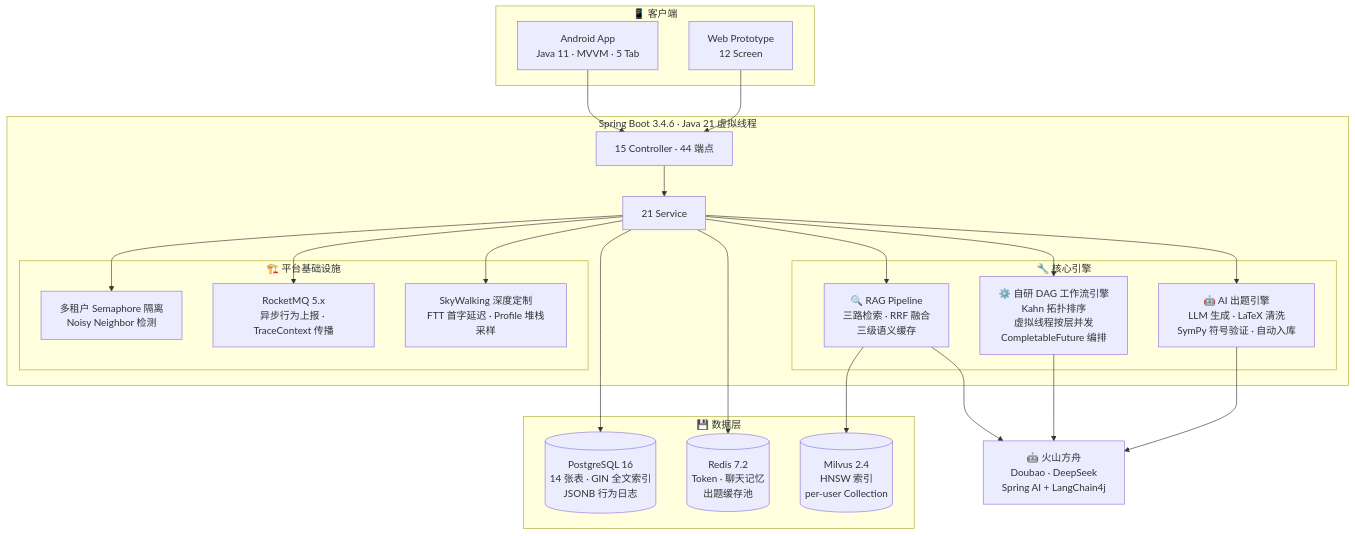
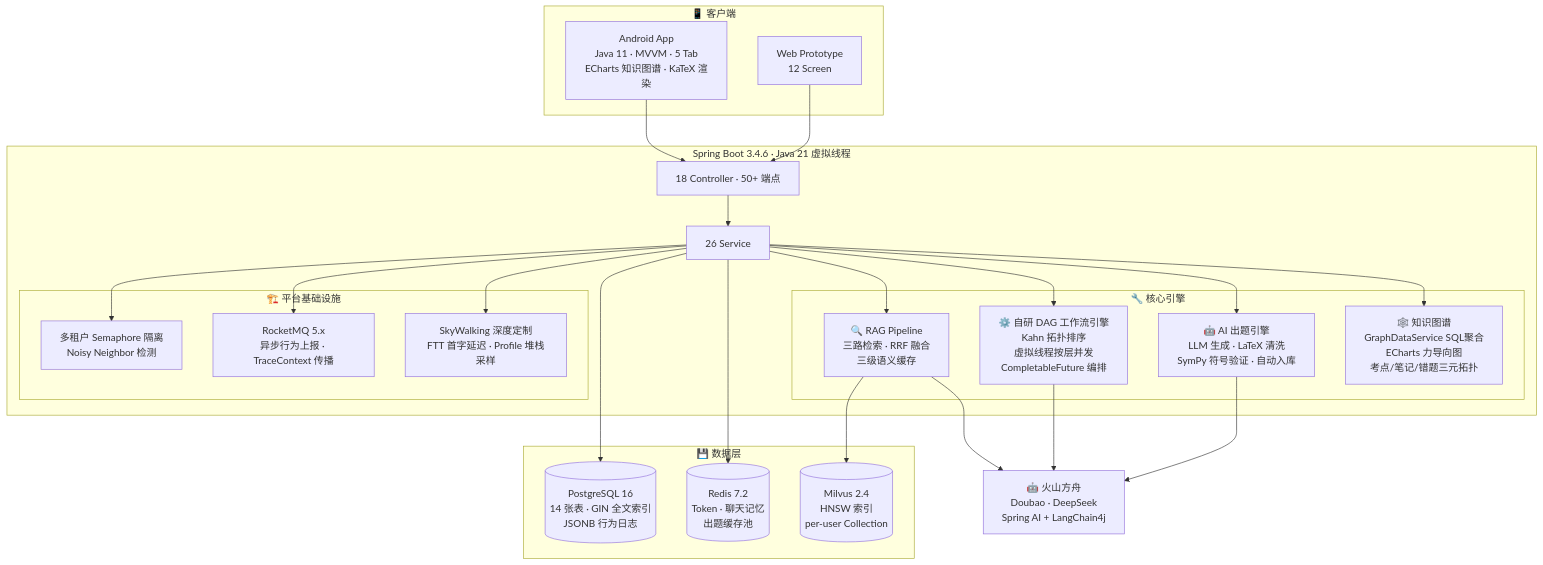
The first of 3 diagrams in README.md (3290744032/IRAgent), drawn with Mermaid before and after one commit. The commit also changed other lines of this file and 2 other files, not shown here.

````diff
--- a/README.md
+++ b/README.md
@@ -48,48 +44,50 @@
 ```mermaid
 graph TB
     subgraph Client["📱 客户端"]
-        Android["Android App<br/>Java 11 · MVVM · 5 Tab"]
+        Android["Android App<br/>Java 11 · MVVM · 5 Tab<br/>ECharts 知识图谱 · KaTeX 渲染"]
         Prototype["Web Prototype<br/>12 Screen"]
     end
 
     subgraph Server["Spring Boot 3.4.6 · Java 21 虚拟线程"]
-        Controller["15 Controller · 44 端点"]
-        Service["21 Service"]
+        Controller["18 Controller · 50+ 端点"]
+        Service["26 Service"]
 
         subgraph Engine["🔧 核心引擎"]
             DAG["⚙️ 自研 DAG 工作流引擎<br/>Kahn 拓扑排序<br/>虚拟线程按层并发<br/>CompletableFuture 编排"]
             RAG["🔍 RAG Pipeline<br/>三路检索 · RRF 融合<br/>三级语义缓存"]
             AIQ["🤖 AI 出题引擎<br/>LLM 生成 · LaTeX 清洗<br/>SymPy 符号验证 · 自动入库"]
+            Graph["🕸️ 知识图谱<br/>GraphDataService SQL聚合<br/>ECharts 力导向图<br/>考点/笔记/错题三元拓扑"]
         end
 
         subgraph Infra["🏗️ 平台基础设施"]
             Tenant["多租户 Semaphore 隔离<br/>Noisy Neighbor 检测"]
             MQ["RocketMQ 5.x<br/>异步行为上报 · TraceContext 传播"]
             APM["SkyWalking 深度定制<br/>FTT 首字延迟 · Profile 堆栈采样"]
         end
     end
 
     subgraph Data["💾 数据层"]
         PG[("PostgreSQL 16<br/>14 张表 · GIN 全文索引<br/>JSONB 行为日志")]
         Redis[("Redis 7.2<br/>Token · 聊天记忆<br/>出题缓存池")]
         Milvus[("Milvus 2.4<br/>HNSW 索引<br/>per-user Collection")]
     end
 
     AI["🤖 火山方舟<br/>Doubao · DeepSeek<br/>Spring AI + LangChain4j"]
 
     Android --> Controller
     Prototype --> Controller
     Controller --> Service
     Service --> DAG
     Service --> RAG
     Service --> AIQ
+    Service --> Graph
     Service --> Tenant
     Service --> MQ
     Service --> APM
     Service --> PG
     Service --> Redis
     RAG --> Milvus
     RAG --> AI
     DAG --> AI
     AIQ --> AI
 ```
````
